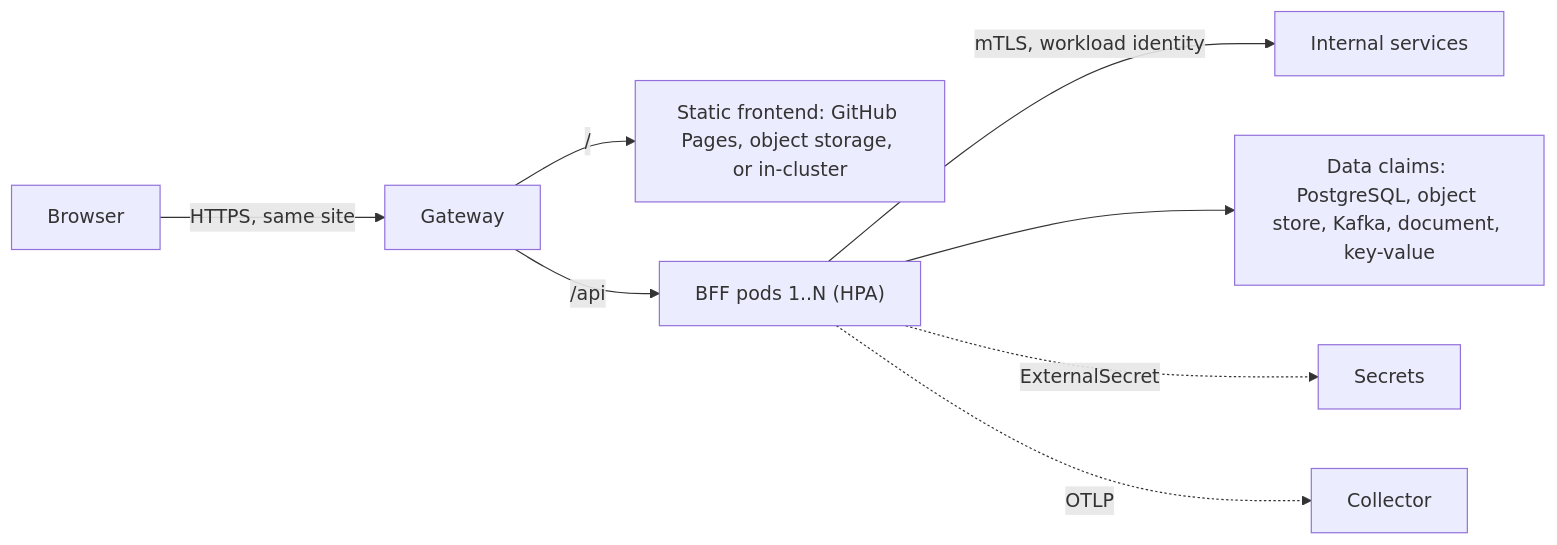
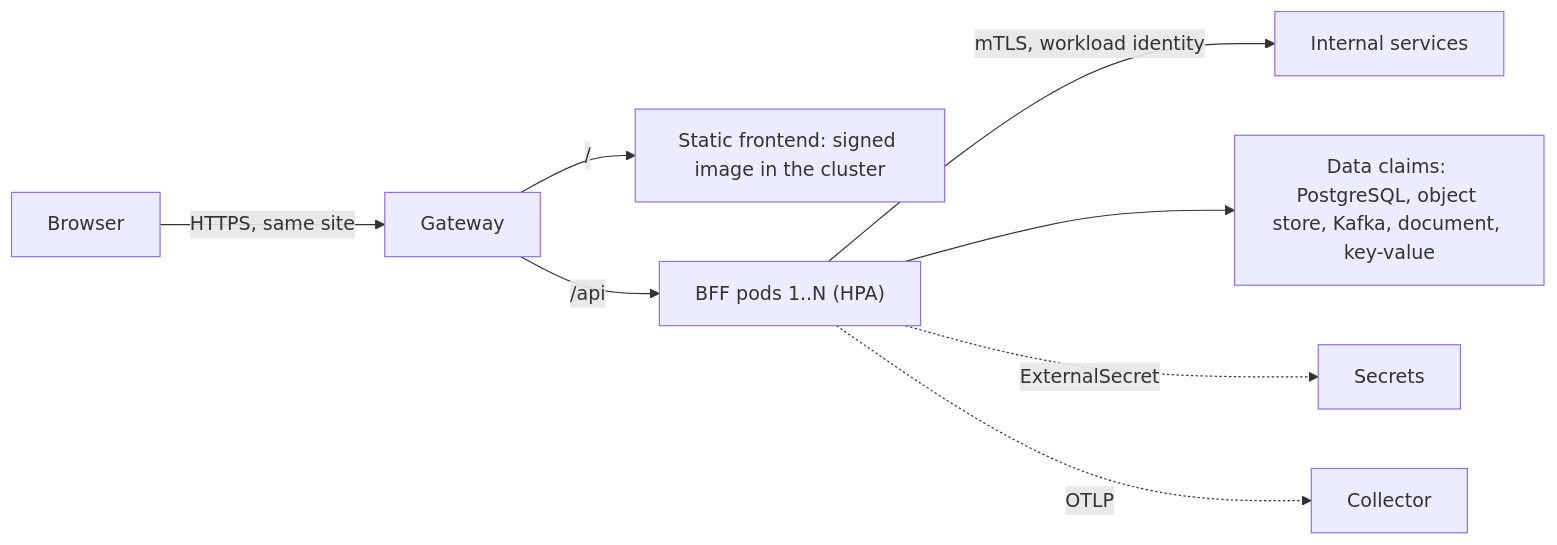
One commit to corekraft/kore changed the second of 2 diagrams in docs/vision.md. Above: the diagram before and after it, drawn with Mermaid. The commit also changed other lines of this file and 12 other files, not shown here.

````diff
--- a/docs/vision.md
+++ b/docs/vision.md
@@ -173,10 +173,10 @@
 ```mermaid
 graph LR
   U["Browser"] -->|"HTTPS, same site"| G["Gateway"]
-  G -->|"/"| FE["Static frontend: GitHub Pages, object storage, or in-cluster"]
+  G -->|"/"| FE["Static frontend: signed image in the cluster"]
   G -->|"/api"| BFF["BFF pods 1..N (HPA)"]
   BFF -->|"mTLS, workload identity"| SVC["Internal services"]
   BFF --> PG["Data claims: PostgreSQL, object store, Kafka, document, key-value"]
   BFF -.->|"ExternalSecret"| SEC["Secrets"]
   BFF -.->|"OTLP"| OTEL["Collector"]
 ```
````
